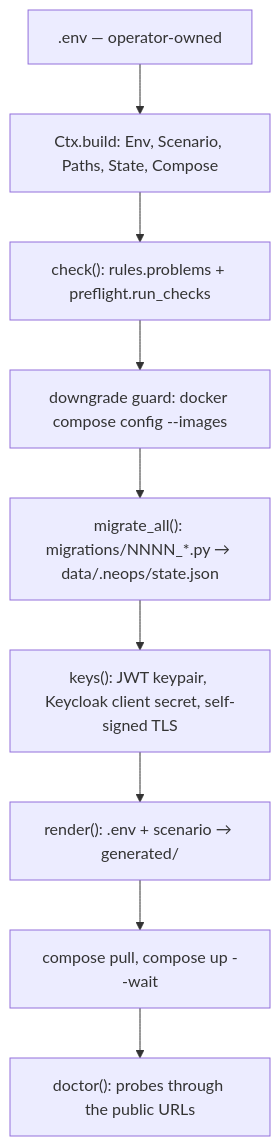
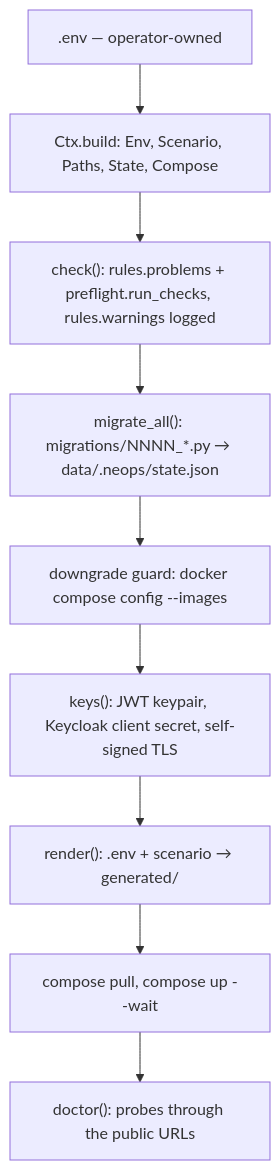
Before and after one commit to zebbra/neops-docker-compose: the diagram in AGENTS.md, drawn with Mermaid. The commit also changed other lines of this file and 7 other files, not shown here.

````diff
--- a/AGENTS.md
+++ b/AGENTS.md
@@ -41,11 +41,11 @@
 ```mermaid
 flowchart TD
     envfile[".env — operator-owned"] --> ctx["Ctx.build: Env, Scenario, Paths, State, Compose"]
-    ctx --> check["check(): rules.problems + preflight.run_checks"]
-    check --> guard["downgrade guard: docker compose config --images"]
-    guard --> mig["migrate_all(): migrations/NNNN_*.py → data/.neops/state.json"]
-    mig --> keys["keys(): JWT keypair, Keycloak client secret, self-signed TLS"]
+    ctx --> check["check(): rules.problems + preflight.run_checks, rules.warnings logged"]
+    check --> mig["migrate_all(): migrations/NNNN_*.py → data/.neops/state.json"]
+    mig --> guard["downgrade guard: docker compose config --images"]
+    guard --> keys["keys(): JWT keypair, Keycloak client secret, self-signed TLS"]
     keys --> render["render(): .env + scenario → generated/"]
     render --> start["compose pull, compose up --wait"]
     start --> doctor["doctor(): probes through the public URLs"]
 ```
````
